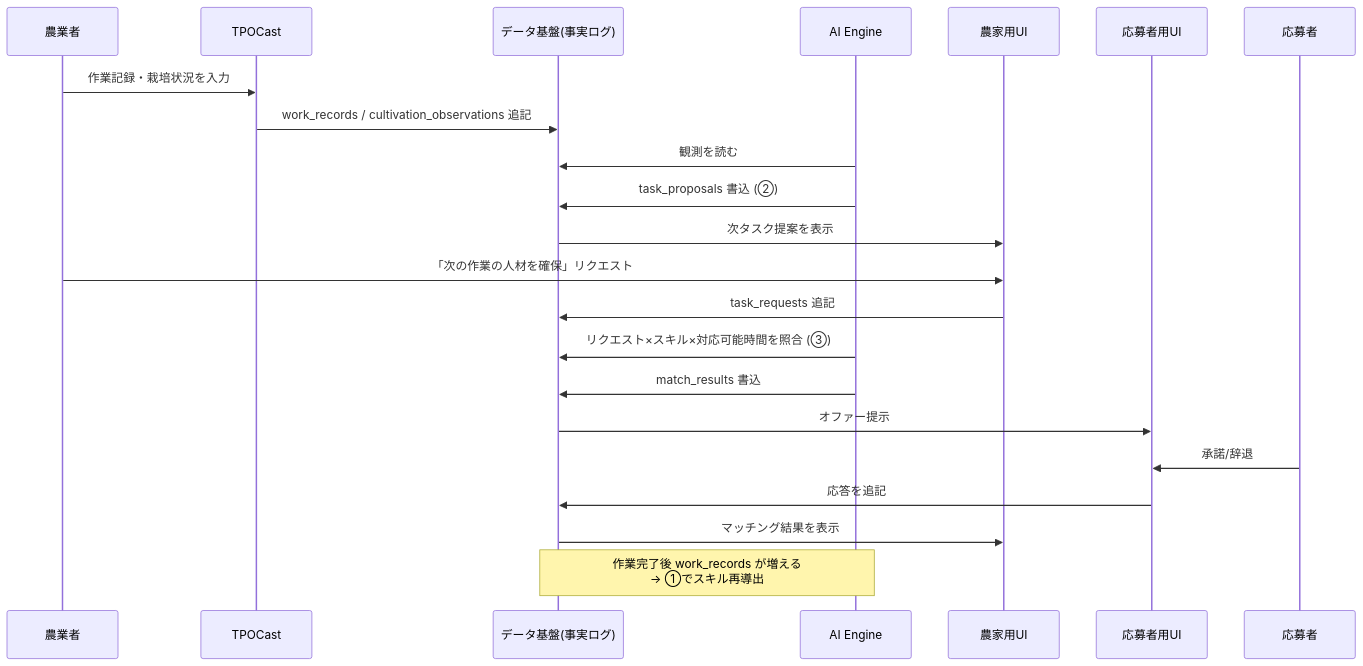
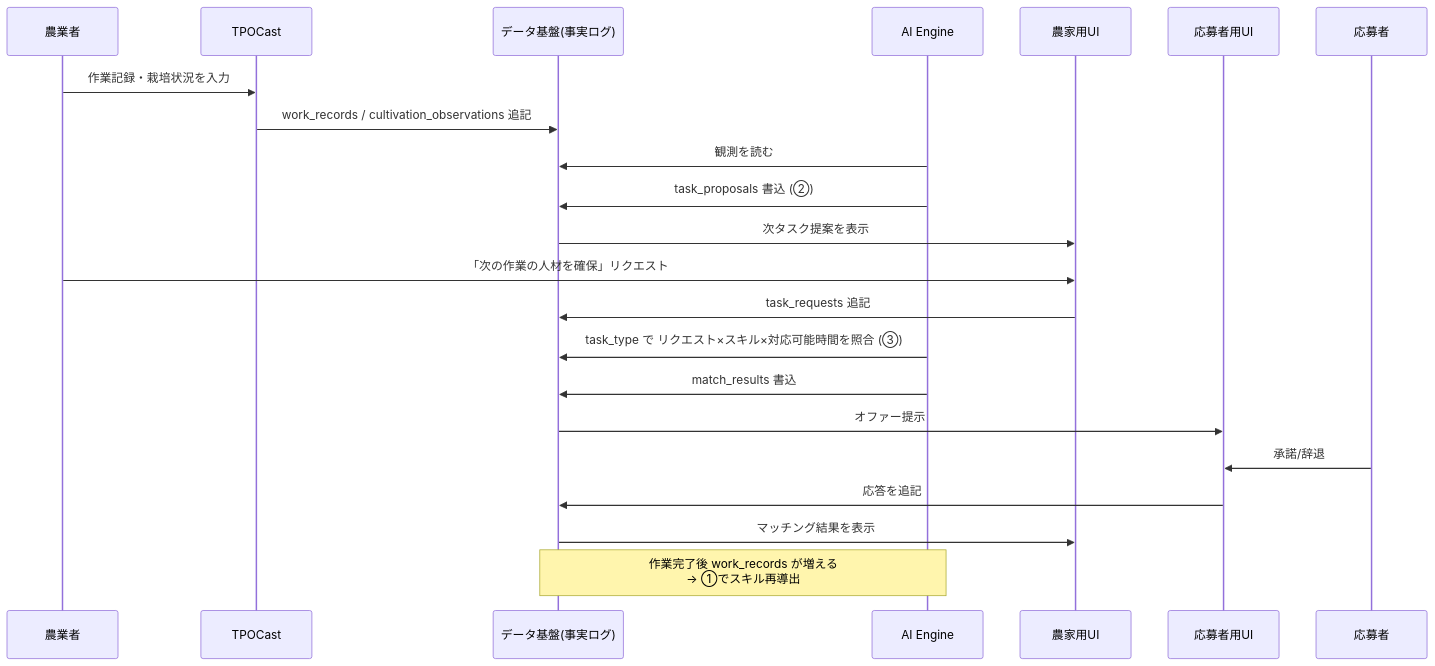
The fourth of 4 diagrams in docs/sodat-r8-architecture.md (hiroyuki-nobutomo/sodat_control), drawn with Mermaid before and after one commit. The commit also changed other lines of this file, not shown here.

First line of the commit message:
docs(sodat): establish standardized task as the design core

````diff
--- a/docs/sodat-r8-architecture.md
+++ b/docs/sodat-r8-architecture.md
@@ -174,25 +262,25 @@
 ```mermaid
 sequenceDiagram
     participant F as 農業者
     participant T as TPOCast
     participant DB as データ基盤(事実ログ)
     participant E as AI Engine
     participant FU as 農家用UI
     participant WU as 応募者用UI
     participant W as 応募者
 
     F->>T: 作業記録・栽培状況を入力
     T->>DB: work_records / cultivation_observations 追記
     E->>DB: 観測を読む
     E->>DB: task_proposals 書込 (②)
     DB->>FU: 次タスク提案を表示
     F->>FU: 「次の作業の人材を確保」リクエスト
     FU->>DB: task_requests 追記
-    E->>DB: リクエスト×スキル×対応可能時間を照合 (③)
+    E->>DB: task_type で リクエスト×スキル×対応可能時間を照合 (③)
     E->>DB: match_results 書込
     DB->>WU: オファー提示
     W->>WU: 承諾/辞退
     WU->>DB: 応答を追記
     DB->>FU: マッチング結果を表示
     Note over E,DB: 作業完了後 work_records が増える<br/>→ ①でスキル再導出
 ```
````
